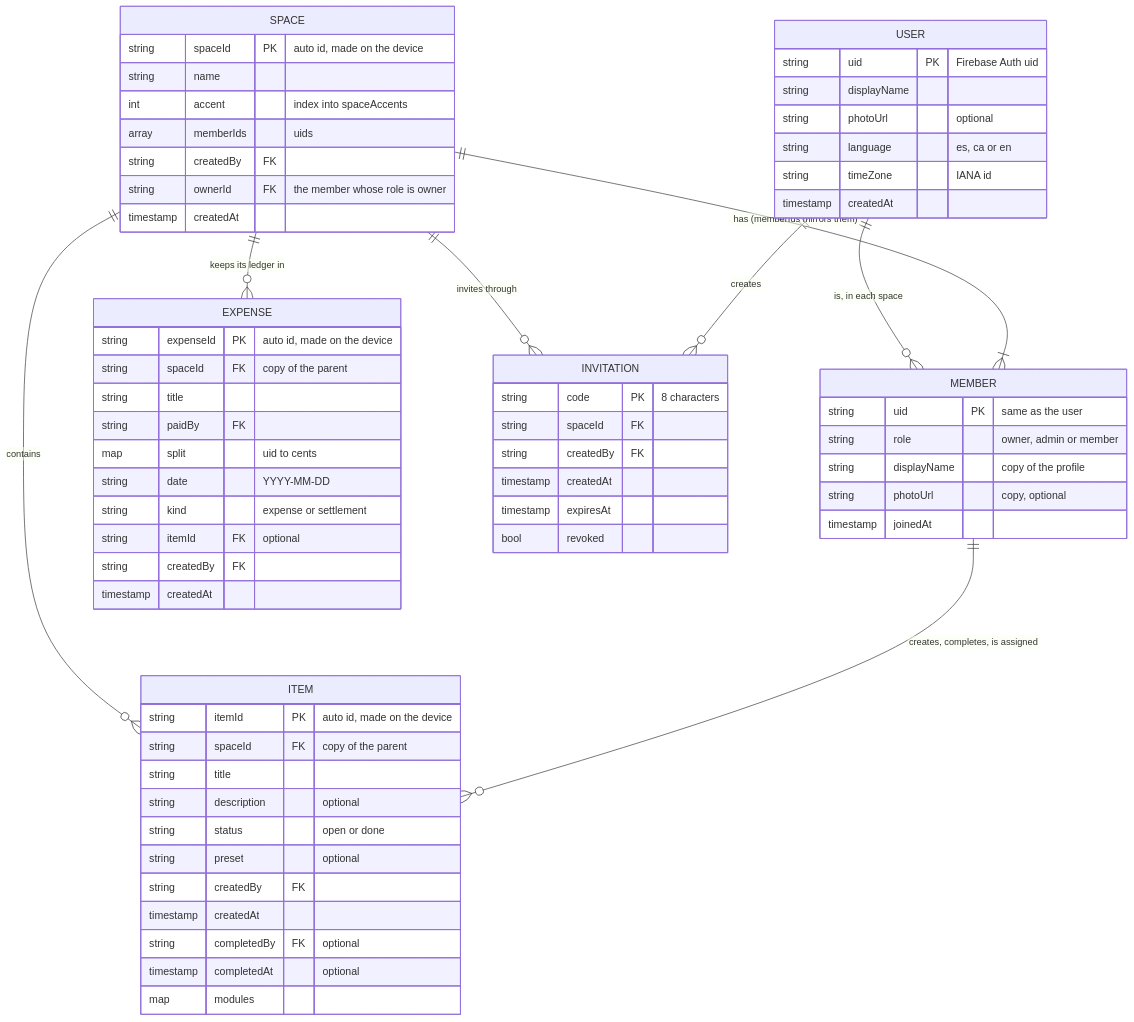
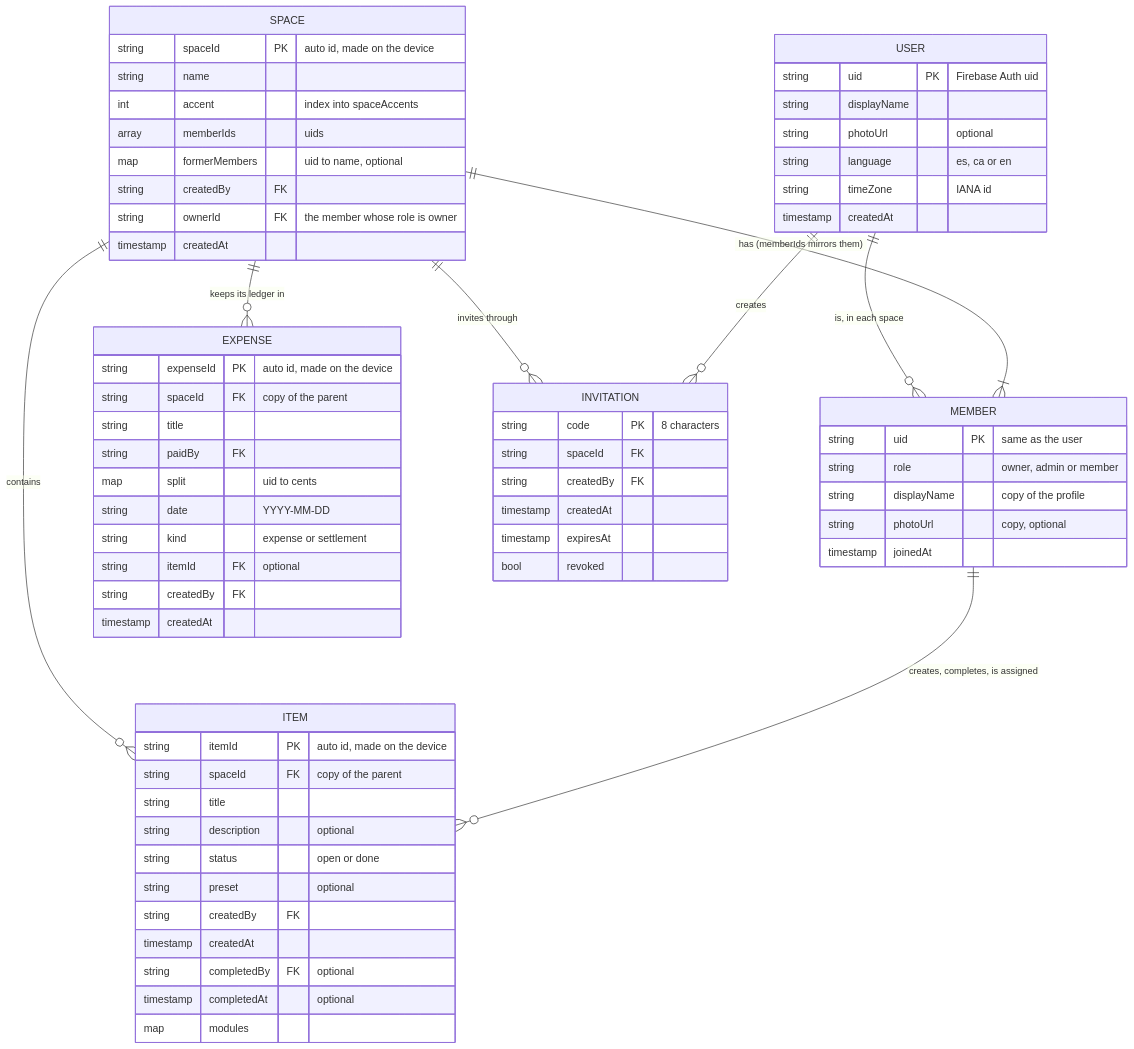
Before and after one commit to Erkko68/orbit: the diagram in docs/data/firestore-schema.md, drawn with Mermaid. The commit also changed other lines of this file and 9 other files, not shown here.

````diff
--- a/docs/data/firestore-schema.md
+++ b/docs/data/firestore-schema.md
@@ -7,68 +7,69 @@
 ```mermaid
 erDiagram
     USER ||--o{ MEMBER : "is, in each space"
     SPACE ||--|{ MEMBER : "has (memberIds mirrors them)"
     SPACE ||--o{ ITEM : contains
     SPACE ||--o{ EXPENSE : "keeps its ledger in"
     SPACE ||--o{ INVITATION : "invites through"
     USER ||--o{ INVITATION : creates
     MEMBER ||--o{ ITEM : "creates, completes, is assigned"
 
     USER {
         string uid PK "Firebase Auth uid"
         string displayName
         string photoUrl "optional"
         string language "es, ca or en"
         string timeZone "IANA id"
         timestamp createdAt
     }
     SPACE {
         string spaceId PK "auto id, made on the device"
         string name
         int accent "index into spaceAccents"
         array memberIds "uids"
+        map formerMembers "uid to name, optional"
         string createdBy FK
         string ownerId FK "the member whose role is owner"
         timestamp createdAt
     }
     MEMBER {
         string uid PK "same as the user"
         string role "owner, admin or member"
         string displayName "copy of the profile"
         string photoUrl "copy, optional"
         timestamp joinedAt
     }
     ITEM {
         string itemId PK "auto id, made on the device"
         string spaceId FK "copy of the parent"
         string title
         string description "optional"
         string status "open or done"
         string preset "optional"
         string createdBy FK
         timestamp createdAt
         string completedBy FK "optional"
         timestamp completedAt "optional"
         map modules
     }
     EXPENSE {
         string expenseId PK "auto id, made on the device"
         string spaceId FK "copy of the parent"
         string title
         string paidBy FK
         map split "uid to cents"
         string date "YYYY-MM-DD"
         string kind "expense or settlement"
         string itemId FK "optional"
         string createdBy FK
         timestamp createdAt
     }
     INVITATION {
         string code PK "8 characters"
         string spaceId FK
         string createdBy FK
         timestamp createdAt
         timestamp expiresAt
         bool revoked
     }
 ```
````
